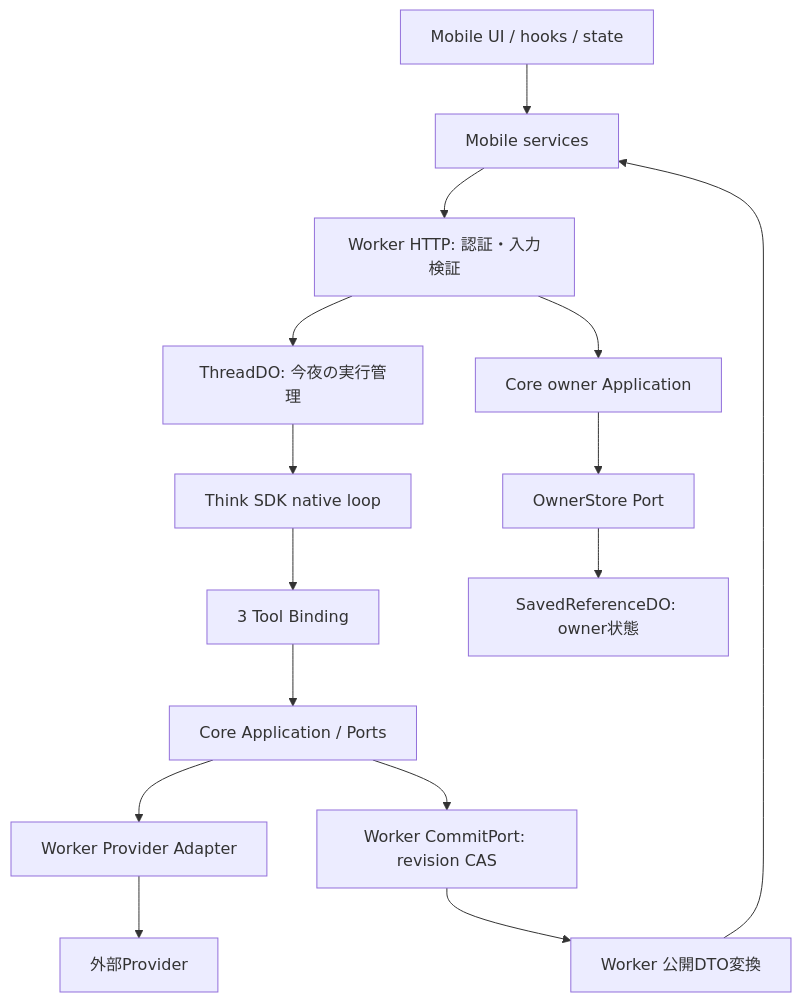
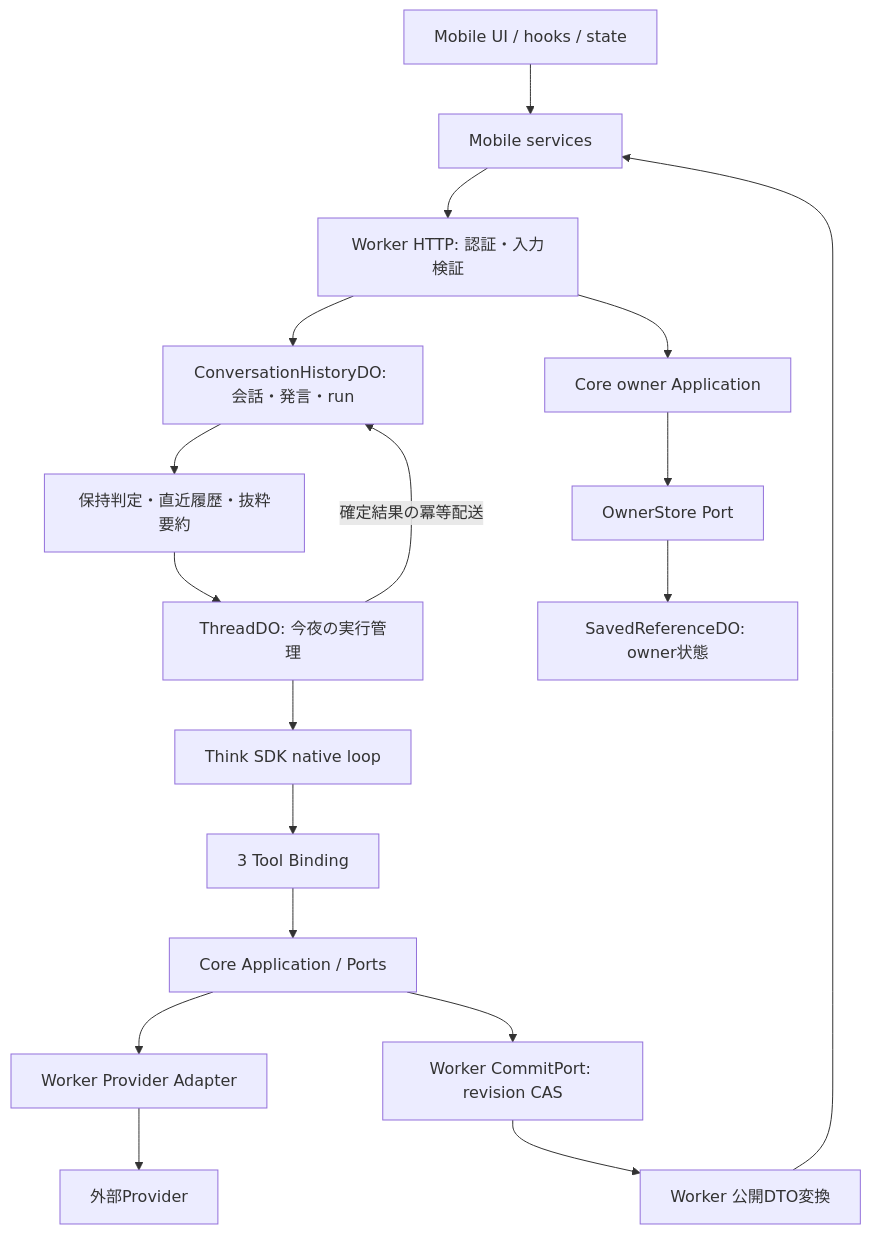
The second of 2 diagrams in docs/architecture/architecture.md (takapom/ima-app), drawn with Mermaid before and after one commit. The commit also changed other lines of this file and 30 other files, not shown here.

````diff
--- a/docs/architecture/architecture.md
+++ b/docs/architecture/architecture.md
@@ -79,17 +79,20 @@
 ```mermaid
 flowchart TD
   UI[Mobile UI / hooks / state] --> Service[Mobile services]
   Service --> HTTP[Worker HTTP: 認証・入力検証]
-  HTTP --> Thread[ThreadDO: 今夜の実行管理]
+  HTTP --> History[ConversationHistoryDO: 会話・発言・run]
+  History --> Memory[保持判定・直近履歴・抜粋要約]
+  Memory --> Thread[ThreadDO: 今夜の実行管理]
+  Thread -->|確定結果の冪等配送| History
   Thread --> Think[Think SDK native loop]
   Think --> Tools[3 Tool Binding]
   Tools --> App[Core Application / Ports]
   App --> Adapter[Worker Provider Adapter]
   Adapter --> Provider[外部Provider]
   App --> Commit[Worker CommitPort: revision CAS]
   Commit --> DTO[Worker 公開DTO変換]
   DTO --> Service
   HTTP --> OwnerApp[Core owner Application]
   OwnerApp --> Port[OwnerStore Port]
   Port --> Store[SavedReferenceDO: owner状態]
 ```
````
